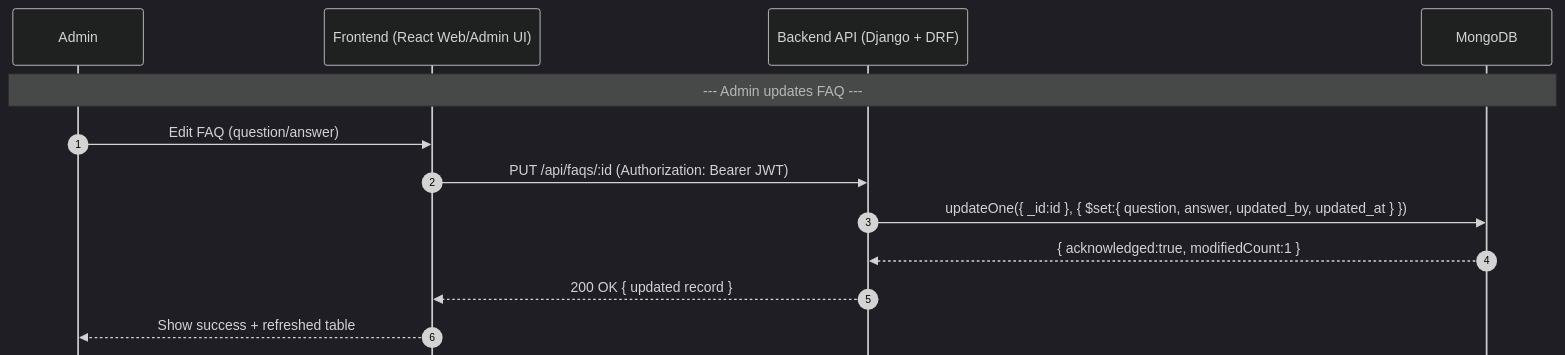
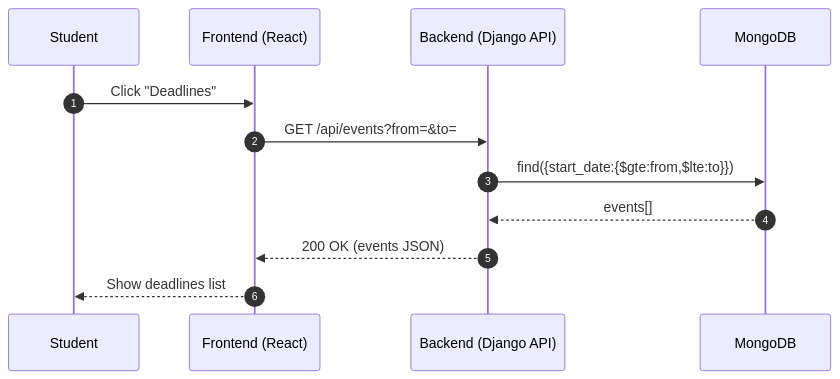
The fourth of 4 diagrams in Stage3.md (M0simi/portfolio), drawn with Mermaid before and after one commit. The commit also changed other lines of this file, not shown here.

````diff
--- a/Stage3.md
+++ b/Stage3.md
@@ -277,29 +165,15 @@
 ```mermaid
-%%{init:{
-  'theme':'dark',
-  'themeVariables':{'fontSize':'13px'},
-  'sequence':{
-    'showSequenceNumbers':true,
-    'useMaxWidth':true,
-    'actorMargin':160,
-    'messageMargin':90,
-    'diagramPadding':16,
-    'mirrorActors':false,
-    'bottomMarginAdj':24
-}}}%%
 sequenceDiagram
   autonumber
-  participant Admin
-  participant Frontend as Frontend (React Web/Admin UI)
-  participant Backend as Backend API (Django + DRF)
+  participant Student
+  participant FE as Frontend (React)
+  participant BE as Backend (Django API)
   participant DB as MongoDB
 
-  Note over Admin,DB: --- Admin updates FAQ ---
-  Admin->>Frontend: Edit FAQ (question/answer)
-  Frontend->>Backend: PUT /api/faqs/:id (Authorization: Bearer JWT)
-  Backend->>DB: updateOne({ _id:id }, { $set:{ question, answer, updated_by, updated_at } })
-  DB-->>Backend: { acknowledged:true, modifiedCount:1 }
-  Backend-->>Frontend: 200 OK { updated record }
-  Frontend-->>Admin: Show success + refreshed table
-
+  Student->>FE: Click "Deadlines"
+  FE->>BE: GET /api/events?from=&to=
+  BE->>DB: find({start_date:{$gte:from,$lte:to}})
+  DB-->>BE: events[]
+  BE-->>FE: 200 OK (events JSON)
+  FE-->>Student: Show deadlines list
 ```
````
